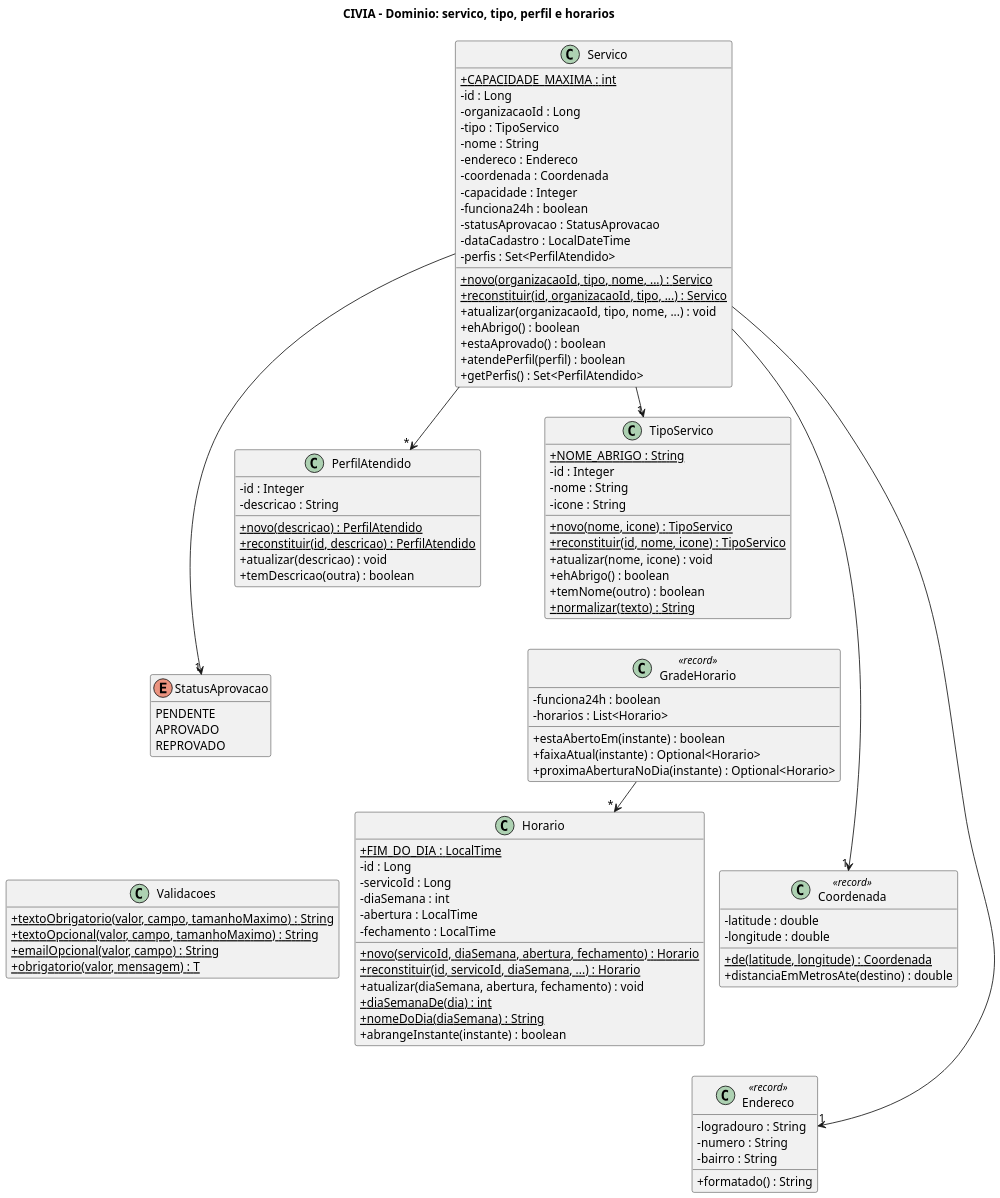
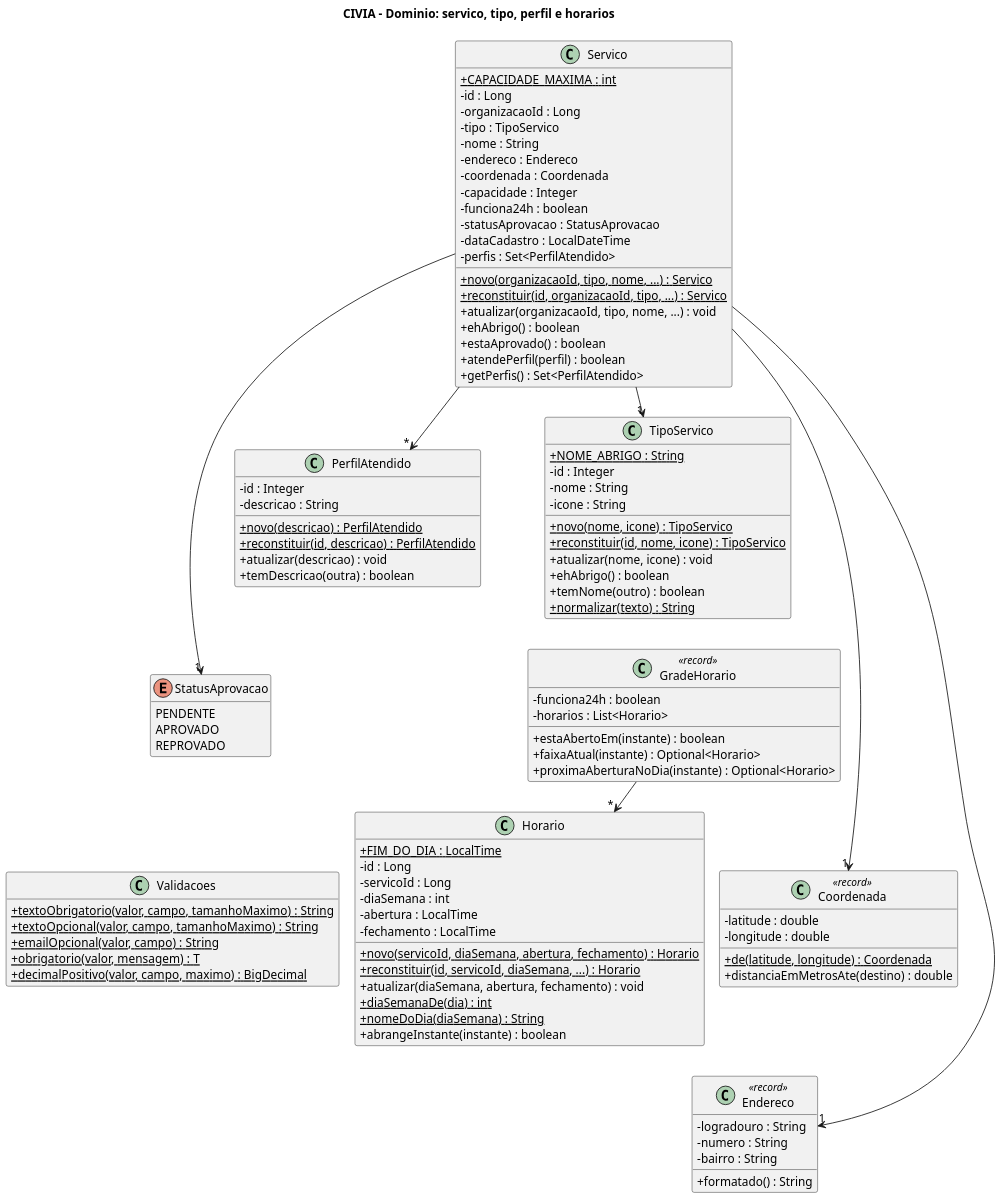
The diagram in docs/partes/01-dominio-servico.puml (Gabrielvianaana/civia-api), drawn with PlantUML before and after one commit. The commit also changed 99 other files, not shown here.

```diff
--- a/docs/partes/01-dominio-servico.puml
+++ b/docs/partes/01-dominio-servico.puml
@@ -1,107 +1,108 @@
 @startuml
 title CIVIA - Dominio: servico, tipo, perfil e horarios
 ' Gerado a partir do codigo-fonte Java (pasta civia-*/src/main/java).
 !pragma layout smetana
 skinparam classAttributeIconSize 0
 skinparam shadowing false
 skinparam dpi 150
 hide empty members
 top to bottom direction
 class Servico {
   +{static} CAPACIDADE_MAXIMA : int
   -id : Long
   -organizacaoId : Long
   -tipo : TipoServico
   -nome : String
   -endereco : Endereco
   -coordenada : Coordenada
   -capacidade : Integer
   -funciona24h : boolean
   -statusAprovacao : StatusAprovacao
   -dataCadastro : LocalDateTime
   -perfis : Set<PerfilAtendido>
   +{static} novo(organizacaoId, tipo, nome, ...) : Servico
   +{static} reconstituir(id, organizacaoId, tipo, ...) : Servico
   +atualizar(organizacaoId, tipo, nome, ...) : void
   +ehAbrigo() : boolean
   +estaAprovado() : boolean
   +atendePerfil(perfil) : boolean
   +getPerfis() : Set<PerfilAtendido>
 }
 class TipoServico {
   +{static} NOME_ABRIGO : String
   -id : Integer
   -nome : String
   -icone : String
   +{static} novo(nome, icone) : TipoServico
   +{static} reconstituir(id, nome, icone) : TipoServico
   +atualizar(nome, icone) : void
   +ehAbrigo() : boolean
   +temNome(outro) : boolean
   +{static} normalizar(texto) : String
 }
 class PerfilAtendido {
   -id : Integer
   -descricao : String
   +{static} novo(descricao) : PerfilAtendido
   +{static} reconstituir(id, descricao) : PerfilAtendido
   +atualizar(descricao) : void
   +temDescricao(outra) : boolean
 }
 class Horario {
   +{static} FIM_DO_DIA : LocalTime
   -id : Long
   -servicoId : Long
   -diaSemana : int
   -abertura : LocalTime
   -fechamento : LocalTime
   +{static} novo(servicoId, diaSemana, abertura, fechamento) : Horario
   +{static} reconstituir(id, servicoId, diaSemana, ...) : Horario
   +atualizar(diaSemana, abertura, fechamento) : void
   +{static} diaSemanaDe(dia) : int
   +{static} nomeDoDia(diaSemana) : String
   +abrangeInstante(instante) : boolean
 }
 class GradeHorario <<record>> {
   -funciona24h : boolean
   -horarios : List<Horario>
   +estaAbertoEm(instante) : boolean
   +faixaAtual(instante) : Optional<Horario>
   +proximaAberturaNoDia(instante) : Optional<Horario>
 }
 enum StatusAprovacao {
   PENDENTE
   APROVADO
   REPROVADO
 }
 class Endereco <<record>> {
   -logradouro : String
   -numero : String
   -bairro : String
   +formatado() : String
 }
 class Coordenada <<record>> {
   -latitude : double
   -longitude : double
   +{static} de(latitude, longitude) : Coordenada
   +distanciaEmMetrosAte(destino) : double
 }
 class Validacoes {
   +{static} textoObrigatorio(valor, campo, tamanhoMaximo) : String
   +{static} textoOpcional(valor, campo, tamanhoMaximo) : String
   +{static} emailOpcional(valor, campo) : String
   +{static} obrigatorio(valor, mensagem) : T
+  +{static} decimalPositivo(valor, campo, maximo) : BigDecimal
 }
 GradeHorario --> "*" Horario
 Servico --> "*" PerfilAtendido
 Servico --> "1" Coordenada
 Servico --> "1" Endereco
 Servico --> "1" StatusAprovacao
 Servico --> "1" TipoServico
 Servico -[hidden]down- Horario
 TipoServico -[hidden]down- GradeHorario
 PerfilAtendido -[hidden]down- StatusAprovacao
 Horario -[hidden]down- Endereco
 GradeHorario -[hidden]down- Coordenada
 StatusAprovacao -[hidden]down- Validacoes
 @enduml
```
